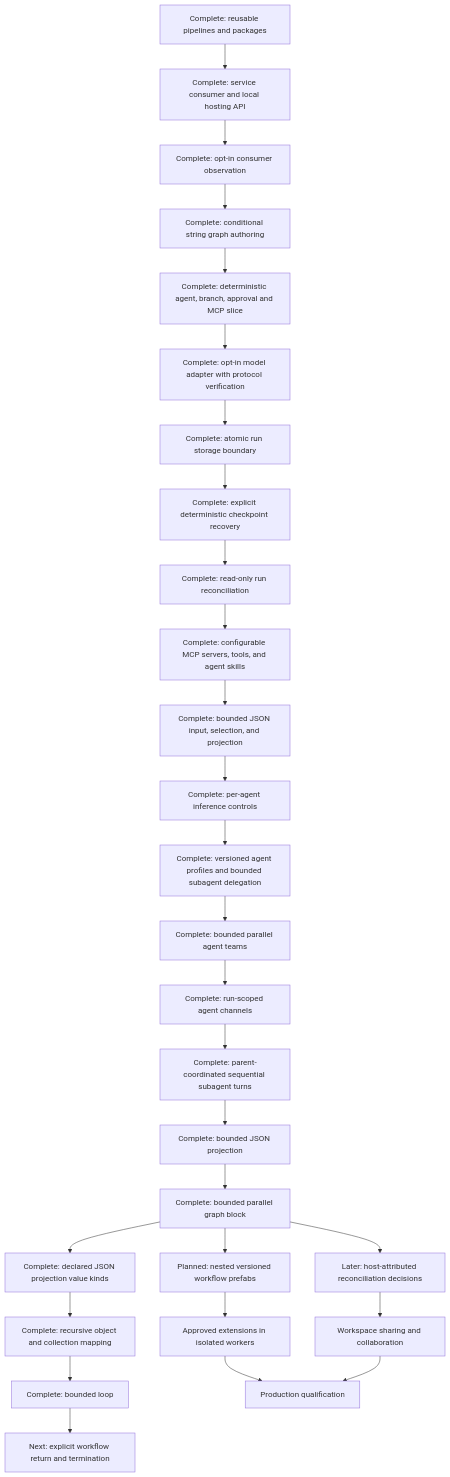
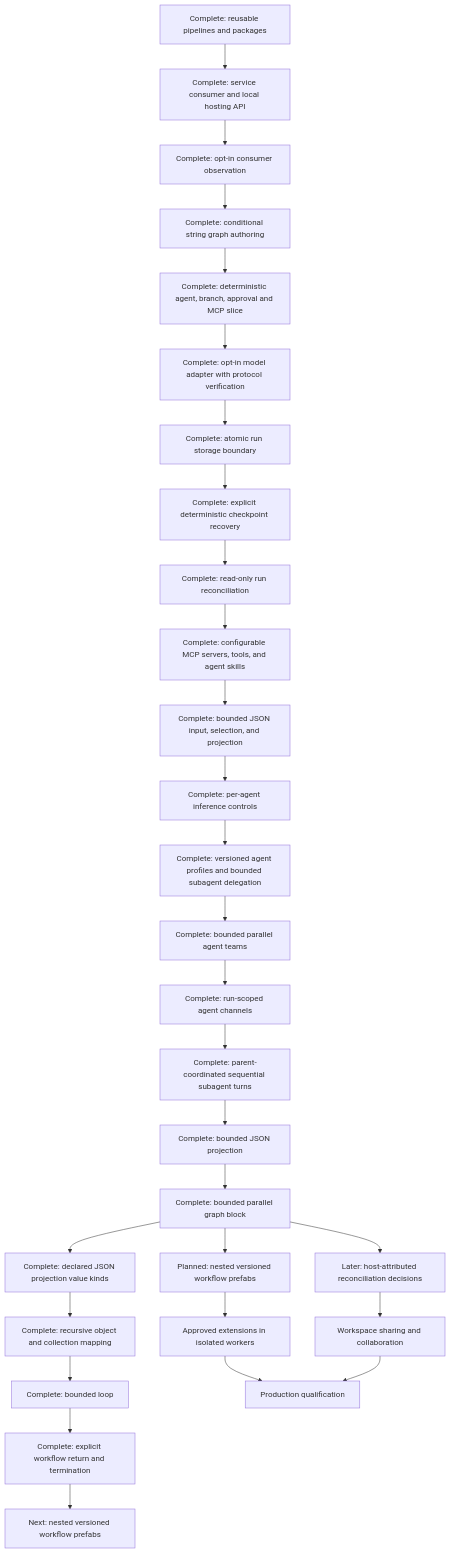
One commit to gnalvesteffer/visual-agent-workflow changed the diagram in docs/roadmap.md. Above: the diagram before and after it, drawn with Mermaid. The commit also changed other lines of this file and 26 other files, not shown here.

Commit message:
feat: add successful workflow termination

````diff
--- a/docs/roadmap.md
+++ b/docs/roadmap.md
@@ -86,30 +86,30 @@
 ```mermaid
 flowchart TD
     Reuse["Complete: reusable pipelines and packages"] --> Hosting["Complete: service consumer and local hosting API"]
     Hosting --> Observe["Complete: opt-in consumer observation"]
     Observe --> Graph["Complete: conditional string graph authoring"]
     Graph --> Vertical["Complete: deterministic agent, branch, approval and MCP slice"]
     Vertical --> Models["Complete: opt-in model adapter with protocol verification"]
     Models --> Store["Complete: atomic run storage boundary"]
     Store --> Recovery["Complete: explicit deterministic checkpoint recovery"]
     Recovery --> Assess["Complete: read-only run reconciliation"]
     Assess --> Agents["Complete: configurable MCP servers, tools, and agent skills"]
     Agents --> JsonData["Complete: bounded JSON input, selection, and projection"]
     JsonData --> Controls["Complete: per-agent inference controls"]
     Controls --> Delegation["Complete: versioned agent profiles and bounded subagent delegation"]
     Delegation --> Teams["Complete: bounded parallel agent teams"]
     Teams --> Channels["Complete: run-scoped agent channels"]
     Channels --> DelegationRounds["Complete: parent-coordinated sequential subagent turns"]
     DelegationRounds --> JsonProjection["Complete: bounded JSON projection"]
     JsonProjection --> Orchestration["Complete: bounded parallel graph block"]
     Orchestration --> ProjectionTypes["Complete: declared JSON projection value kinds"]
     ProjectionTypes --> TypedMapping["Complete: recursive object and collection mapping"]
     TypedMapping --> Loops["Complete: bounded loop"]
-    Loops --> Exit["Next: explicit workflow return and termination"]
+    Loops --> Exit["Complete: explicit workflow return and termination"] --> Next["Next: nested versioned workflow prefabs"]
     Orchestration --> Assets["Planned: nested versioned workflow prefabs"]
     Orchestration --> Durable["Later: host-attributed reconciliation decisions"]
     Assets --> Extensions["Approved extensions in isolated workers"]
     Durable --> Collaboration["Workspace sharing and collaboration"]
     Extensions --> Production["Production qualification"]
     Collaboration --> Production
 ```
````
